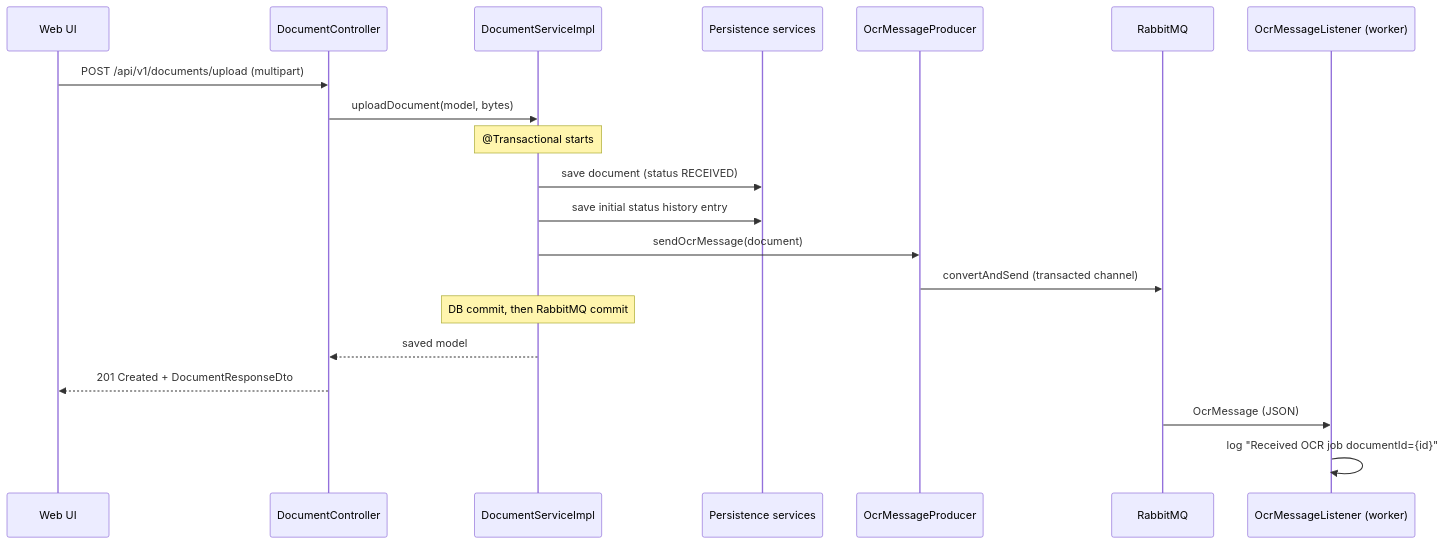
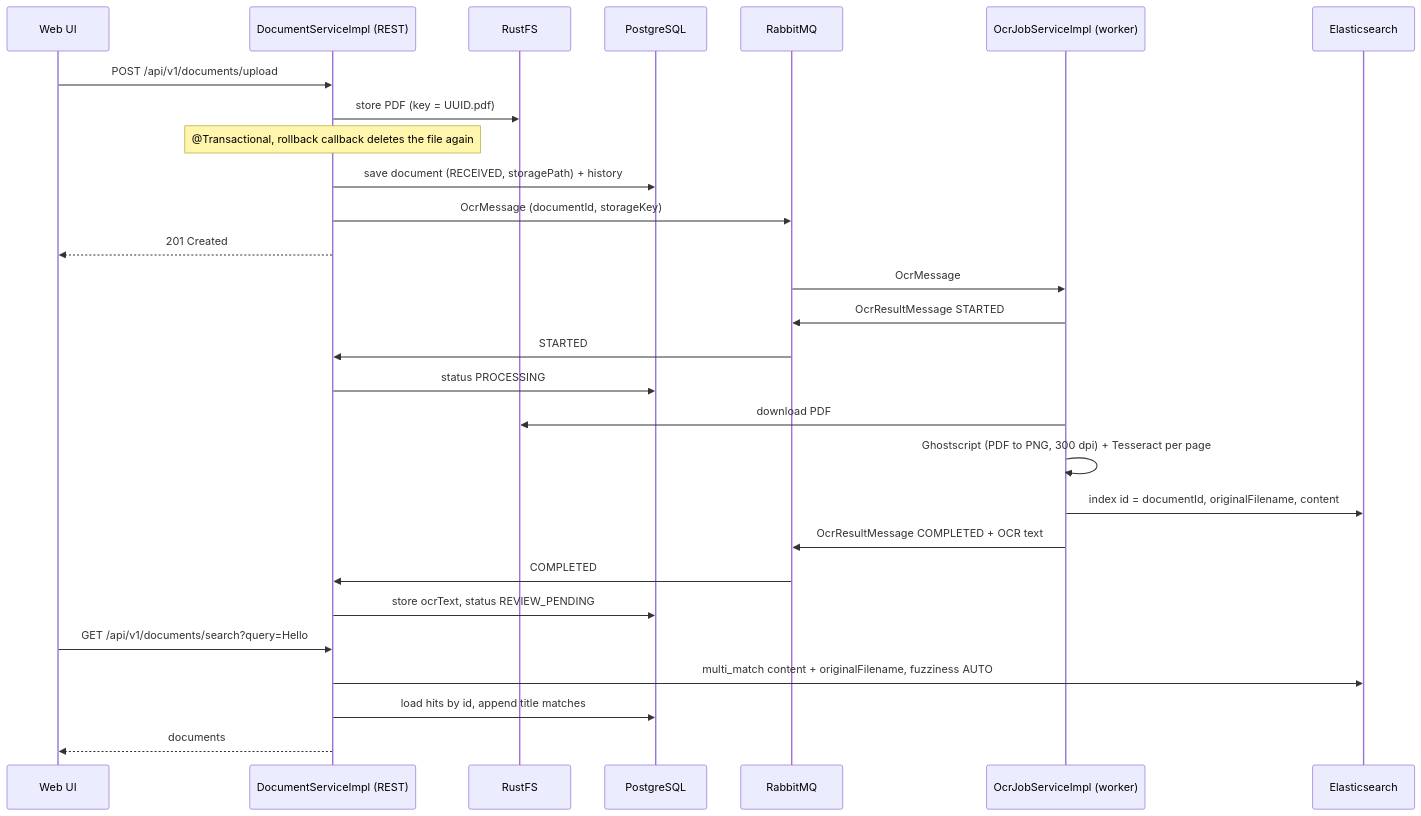
The second of 2 diagrams in docs/architecture.md (David-Velichka/paperless-dms), drawn with Mermaid before and after one commit. The commit also changed other lines of this file and 46 other files, not shown here.

Commit message:
finalize sprint 4: docs, version 0.4.0, title edit, result dead-letter queue and review fixes

````diff
--- a/docs/architecture.md
+++ b/docs/architecture.md
@@ -25,23 +31,31 @@
 ```mermaid
 sequenceDiagram
     participant UI as Web UI
-    participant C as DocumentController
-    participant S as DocumentServiceImpl
-    participant P as Persistence services
-    participant Q as OcrMessageProducer
+    participant S as DocumentServiceImpl (REST)
+    participant FS as RustFS
+    participant DB as PostgreSQL
     participant MQ as RabbitMQ
-    participant W as OcrMessageListener (worker)
+    participant W as OcrJobServiceImpl (worker)
+    participant ES as Elasticsearch
 
-    UI->>C: POST /api/v1/documents/upload (multipart)
-    C->>S: uploadDocument(model, bytes)
-    Note over S: @Transactional starts
-    S->>P: save document (status RECEIVED)
-    S->>P: save initial status history entry
-    S->>Q: sendOcrMessage(document)
-    Q->>MQ: convertAndSend (transacted channel)
-    Note over S: DB commit, then RabbitMQ commit
-    S-->>C: saved model
-    C-->>UI: 201 Created + DocumentResponseDto
-    MQ->>W: OcrMessage (JSON)
-    W->>W: log "Received OCR job documentId={id}"
+    UI->>S: POST /api/v1/documents/upload
+    S->>FS: store PDF (key = UUID.pdf)
+    Note over S: @Transactional, rollback callback deletes the file again
+    S->>DB: save document (RECEIVED, storagePath) + history
+    S->>MQ: OcrMessage (documentId, storageKey)
+    S-->>UI: 201 Created
+    MQ->>W: OcrMessage
+    W->>MQ: OcrResultMessage STARTED
+    MQ->>S: STARTED
+    S->>DB: status PROCESSING
+    W->>FS: download PDF
+    W->>W: Ghostscript (PDF to PNG, 300 dpi) + Tesseract per page
+    W->>ES: index id = documentId, originalFilename, content
+    W->>MQ: OcrResultMessage COMPLETED + OCR text
+    MQ->>S: COMPLETED
+    S->>DB: store ocrText, status REVIEW_PENDING
+    UI->>S: GET /api/v1/documents/search?query=Hello
+    S->>ES: multi_match content + originalFilename, fuzziness AUTO
+    S->>DB: load hits by id, append title matches
+    S-->>UI: documents
 ```
````
